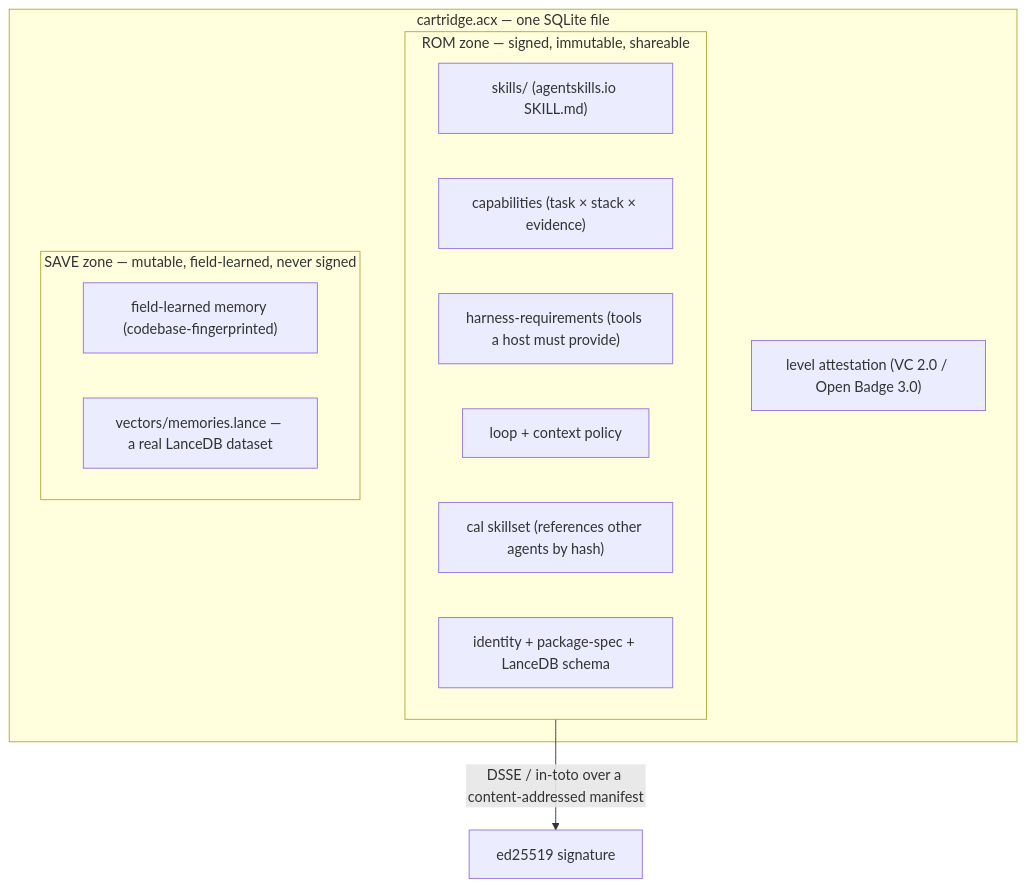
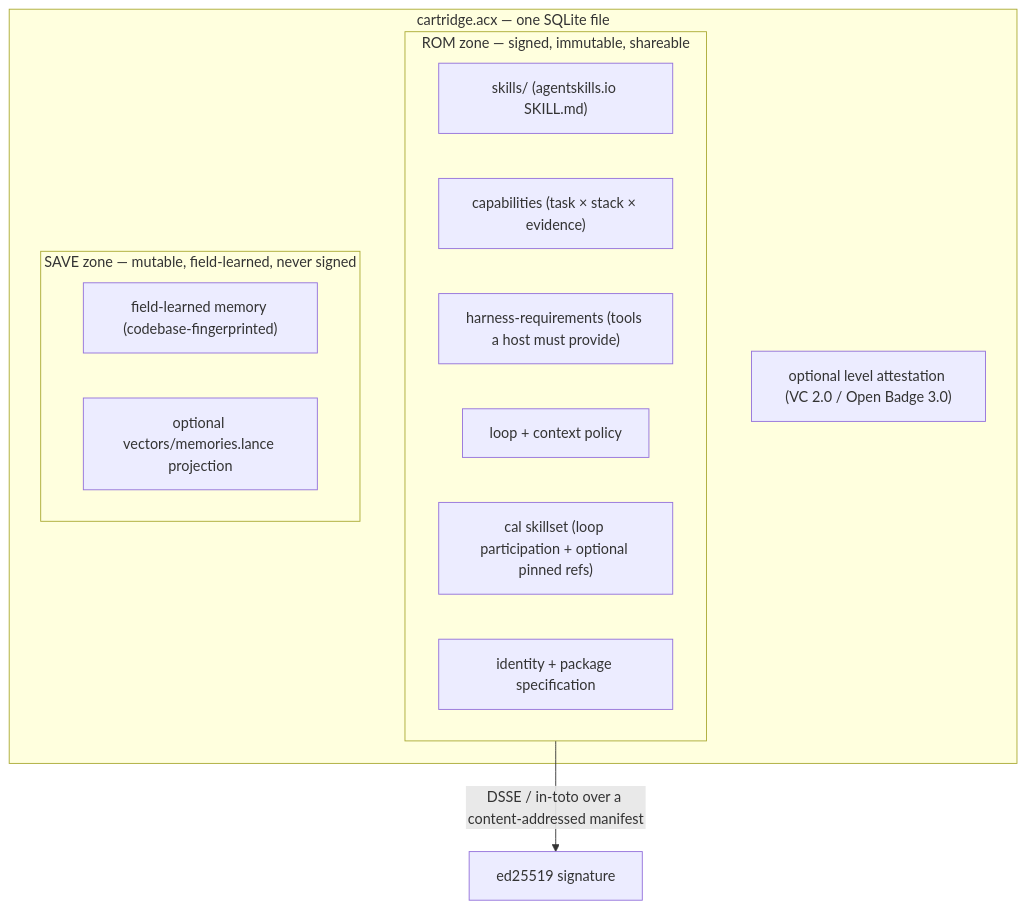
Before and after one commit to lboel/acx: the third of 3 diagrams in README.md, drawn with Mermaid. The commit also changed other lines of this file and 20 other files, not shown here.

````diff
--- a/README.md
+++ b/README.md
@@ -120,19 +197,19 @@
 ```mermaid
 flowchart TB
   subgraph ACX["cartridge.acx — one SQLite file"]
     subgraph ROM["ROM zone — signed, immutable, shareable"]
       SK["skills/ (agentskills.io SKILL.md)"]
       CAP["capabilities (task × stack × evidence)"]
       HR["harness-requirements (tools a host must provide)"]
       LP["loop + context policy"]
-      SS["cal skillset (references other agents by hash)"]
-      ID["identity + package-spec + LanceDB schema"]
+      SS["cal skillset (loop participation + optional pinned refs)"]
+      ID["identity + package specification"]
     end
     subgraph SAVE["SAVE zone — mutable, field-learned, never signed"]
       MEM["field-learned memory (codebase-fingerprinted)"]
-      VEC["vectors/memories.lance — a real LanceDB dataset"]
+      VEC["optional vectors/memories.lance projection"]
     end
-    ATT["level attestation (VC 2.0 / Open Badge 3.0)"]
+    ATT["optional level attestation (VC 2.0 / Open Badge 3.0)"]
   end
   ROM -->|DSSE / in-toto over a content-addressed manifest| SIG["ed25519 signature"]
 ```
````
